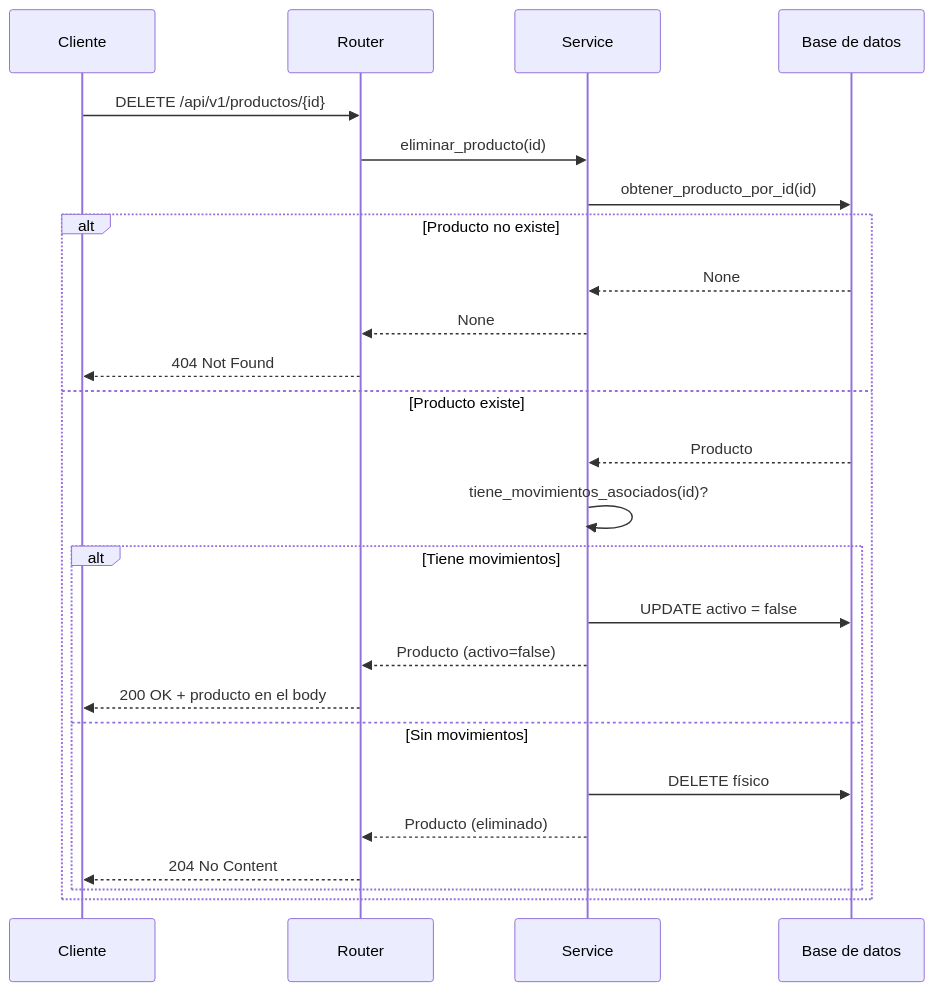
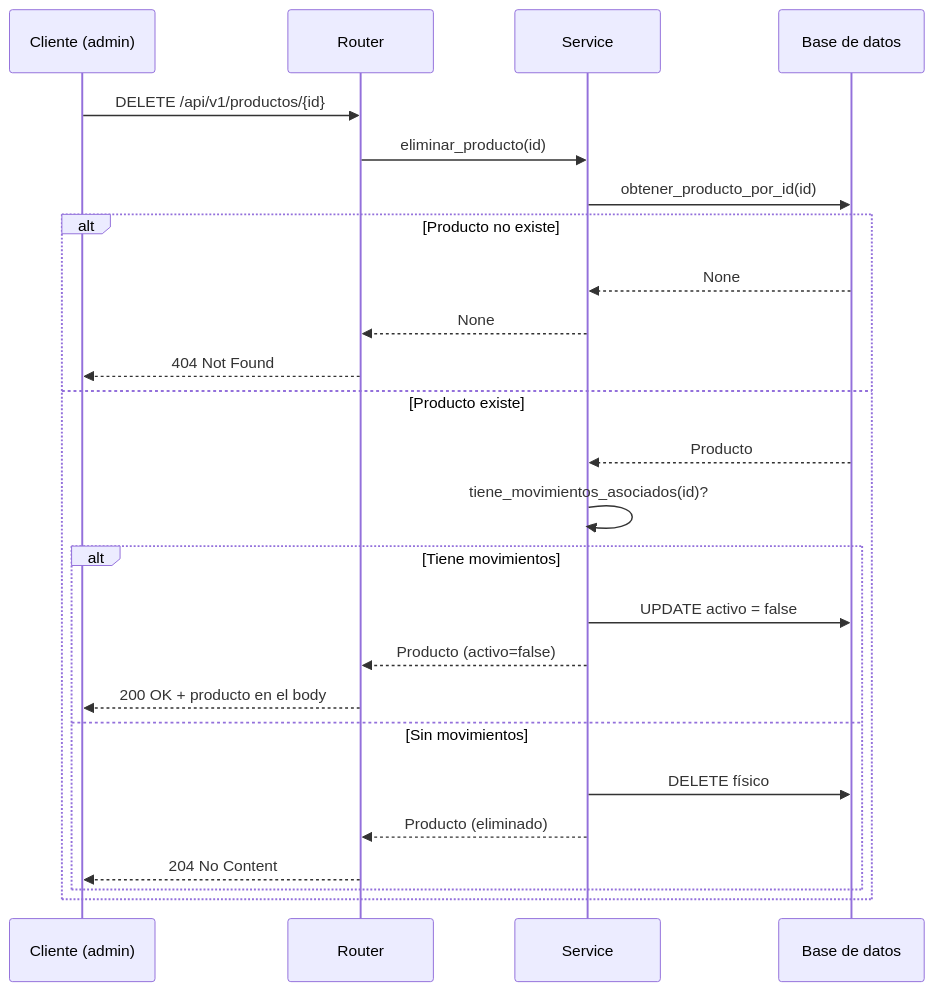
Before and after one commit to sebasado77062/Gestor_de_stock_jugueteria: the fifth of 5 diagrams in docs/ARQUITECTURA.md, drawn with Mermaid. The commit also changed other lines of this file and 4 other files, not shown here.

````diff
--- a/docs/ARQUITECTURA.md
+++ b/docs/ARQUITECTURA.md
@@ -51,28 +156,28 @@
 ```mermaid
 sequenceDiagram
-    participant C as Cliente
+    participant C as Cliente (admin)
     participant R as Router
     participant S as Service
     participant DB as Base de datos
 
     C->>R: DELETE /api/v1/productos/{id}
     R->>S: eliminar_producto(id)
     S->>DB: obtener_producto_por_id(id)
     alt Producto no existe
         DB-->>S: None
         S-->>R: None
         R-->>C: 404 Not Found
     else Producto existe
         DB-->>S: Producto
         S->>S: tiene_movimientos_asociados(id)?
         alt Tiene movimientos
             S->>DB: UPDATE activo = false
             S-->>R: Producto (activo=false)
             R-->>C: 200 OK + producto en el body
         else Sin movimientos
             S->>DB: DELETE físico
             S-->>R: Producto (eliminado)
             R-->>C: 204 No Content
         end
     end
 ```
````
